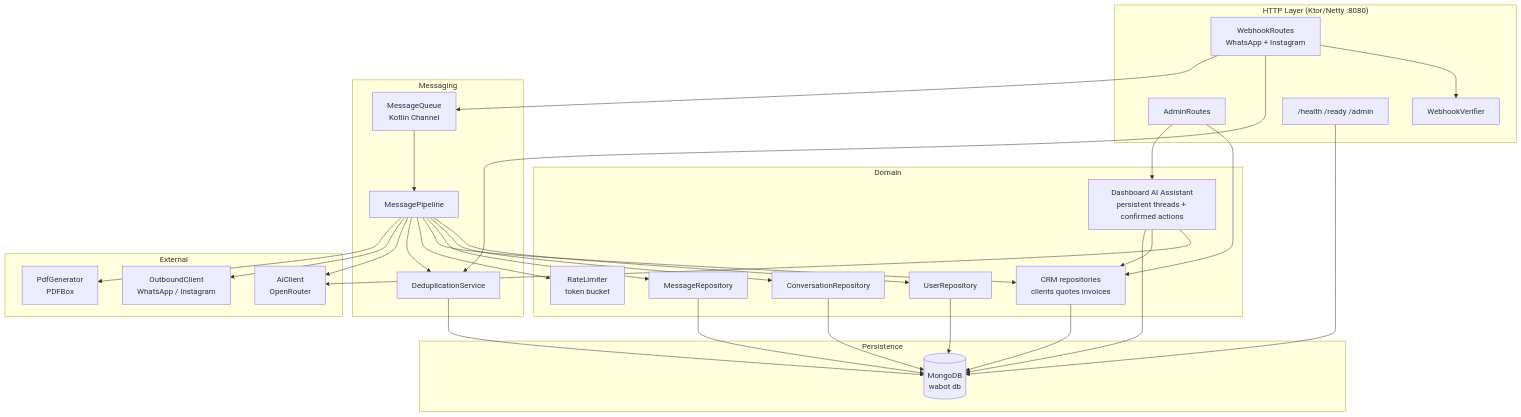
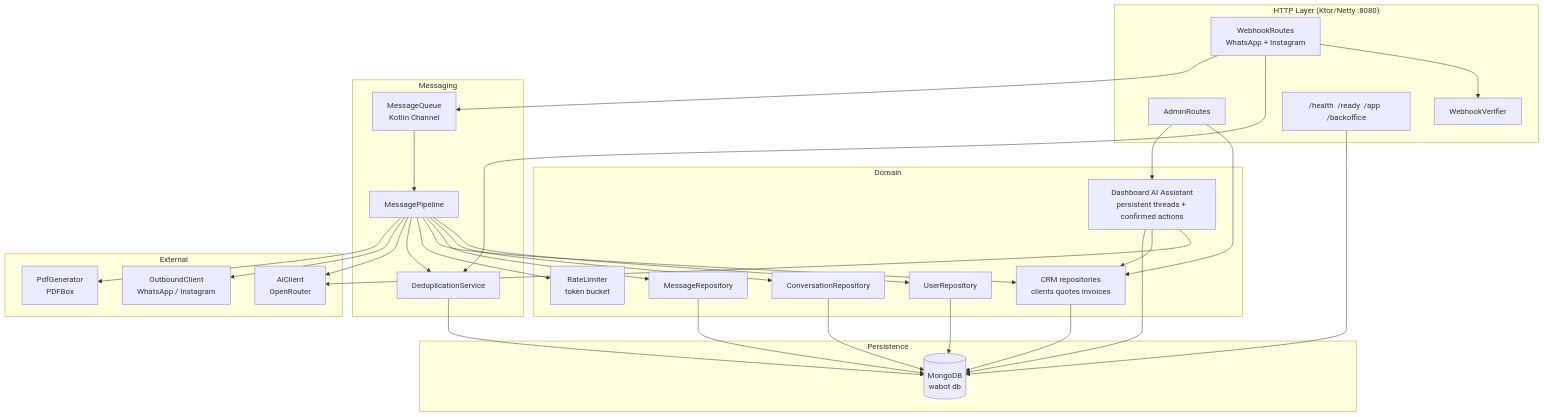
One commit to rfm-9300/rfm-edubot changed the second of 2 diagrams in docs/architecture.md. Above: the diagram before and after it, drawn with Mermaid. The commit also changed other lines of this file and 48 other files, not shown here.

````diff
--- a/docs/architecture.md
+++ b/docs/architecture.md
@@ -53,48 +53,48 @@
 ```mermaid
 graph TD
     subgraph HTTP["HTTP Layer (Ktor/Netty :8080)"]
         WR[WebhookRoutes<br/>WhatsApp + Instagram]
         AR[AdminRoutes]
         WV[WebhookVerifier]
-        Health["/health  /ready  /admin"]
+        Health["/health  /ready  /app  /backoffice"]
     end
 
     subgraph Messaging
         MQ[MessageQueue<br/>Kotlin Channel]
         MP[MessagePipeline]
         DS[DeduplicationService]
     end
 
     subgraph Domain
         UR[UserRepository]
         CR[ConversationRepository]
         MR[MessageRepository]
         CRM[CRM repositories<br/>clients quotes invoices]
         RL[RateLimiter<br/>token bucket]
         DA[Dashboard AI Assistant<br/>persistent threads + confirmed actions]
     end
 
     subgraph External
         AI[AiClient<br/>OpenRouter]
         OC[OutboundClient<br/>WhatsApp / Instagram]
         PDF[PdfGenerator<br/>PDFBox]
     end
 
     subgraph Persistence
         Mongo[(MongoDB<br/>wabot db)]
     end
 
     WR --> WV
     WR --> DS
     WR --> MQ
     MQ --> MP
     MP --> UR & CR & MR & CRM & RL & DS
     MP --> AI
     MP --> OC
     MP --> PDF
     AR --> CRM
     AR --> DA
     DA --> AI & CRM & Mongo
     UR & CR & MR & CRM & DS --> Mongo
     Health --> Mongo
 ```
````
